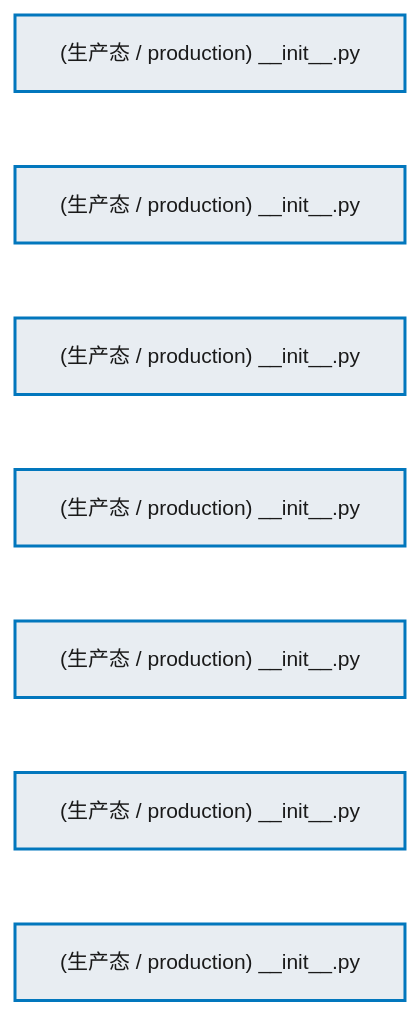
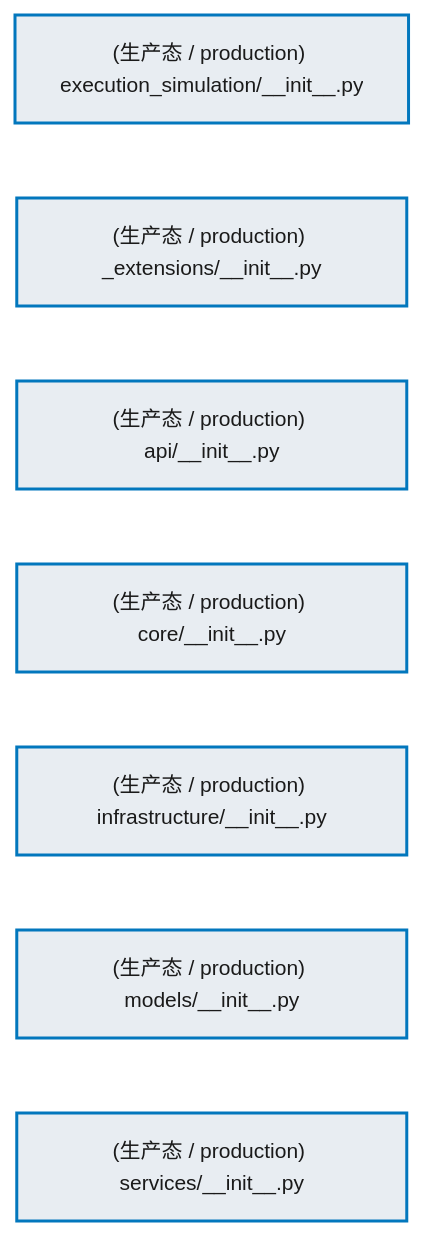
The first of 2 diagrams in docs/02_enterprise_architecture/02_domain_architecture_docs/43_d_exec_sim.md (xuanFelixVan/ZephyrAlpha), drawn with Mermaid before and after one commit. The commit also changed other lines of this file and 63 other files, not shown here.

````diff
--- a/docs/02_enterprise_architecture/02_domain_architecture_docs/43_d_exec_sim.md
+++ b/docs/02_enterprise_architecture/02_domain_architecture_docs/43_d_exec_sim.md
@@ -67,22 +67,22 @@
 ```mermaid
 %%{init: {'theme': 'base', 'themeVariables': {'primaryColor': '#eaeaea', 'primaryTextColor': '#333333', 'primaryBorderColor': '#666666', 'lineColor': '#666666', 'secondaryColor': '#eaeaea', 'tertiaryColor': '#eaeaea', 'fontSize': '14px'}}}%%
 flowchart TD
-    src_zephyr_execution_simulation_init_py["(生产态 / production) __init__.py"]
-    src_zephyr_execution_simulation_extensions_init_py["(生产态 / production) __init__.py"]
-    src_zephyr_execution_simulation_api_init_py["(生产态 / production) __init__.py"]
-    src_zephyr_execution_simulation_core_init_py["(生产态 / production) __init__.py"]
-    src_zephyr_execution_simulation_infrastructure_init_py["(生产态 / production) __init__.py"]
-    src_zephyr_execution_simulation_models_init_py["(生产态 / production) __init__.py"]
-    src_zephyr_execution_simulation_services_init_py["(生产态 / production) __init__.py"]
+    src_zephyr_execution_simulation_init_py["(生产态 / production) execution_simulation/__init__.py"]
+    src_zephyr_execution_simulation_extensions_init_py["(生产态 / production) _extensions/__init__.py"]
+    src_zephyr_execution_simulation_api_init_py["(生产态 / production) api/__init__.py"]
+    src_zephyr_execution_simulation_core_init_py["(生产态 / production) core/__init__.py"]
+    src_zephyr_execution_simulation_infrastructure_init_py["(生产态 / production) infrastructure/__init__.py"]
+    src_zephyr_execution_simulation_models_init_py["(生产态 / production) models/__init__.py"]
+    src_zephyr_execution_simulation_services_init_py["(生产态 / production) services/__init__.py"]
     src_zephyr_execution_simulation_init_py ~~~ src_zephyr_execution_simulation_extensions_init_py
     src_zephyr_execution_simulation_extensions_init_py ~~~ src_zephyr_execution_simulation_api_init_py
     src_zephyr_execution_simulation_api_init_py ~~~ src_zephyr_execution_simulation_core_init_py
     src_zephyr_execution_simulation_core_init_py ~~~ src_zephyr_execution_simulation_infrastructure_init_py
     src_zephyr_execution_simulation_infrastructure_init_py ~~~ src_zephyr_execution_simulation_models_init_py
     src_zephyr_execution_simulation_models_init_py ~~~ src_zephyr_execution_simulation_services_init_py
     classDef production fill:#e8edf2,stroke:#0277bd,stroke-width:2px,color:#1a1a1a
     classDef design fill:#f0ebe3,stroke:#bf360c,stroke-width:2px,color:#1a1a1a,stroke-dasharray: 5 5
     classDef external_prod fill:#e8efe9,stroke:#1b5e20,stroke-width:1px,color:#1a1a1a
     classDef external_design fill:#efe5ea,stroke:#880e4f,stroke-width:1px,color:#1a1a1a,stroke-dasharray: 5 5
     class src_zephyr_execution_simulation_init_py,src_zephyr_execution_simulation_extensions_init_py,src_zephyr_execution_simulation_api_init_py,src_zephyr_execution_simulation_core_init_py,src_zephyr_execution_simulation_infrastructure_init_py,src_zephyr_execution_simulation_models_init_py,src_zephyr_execution_simulation_services_init_py production
 ```
````
